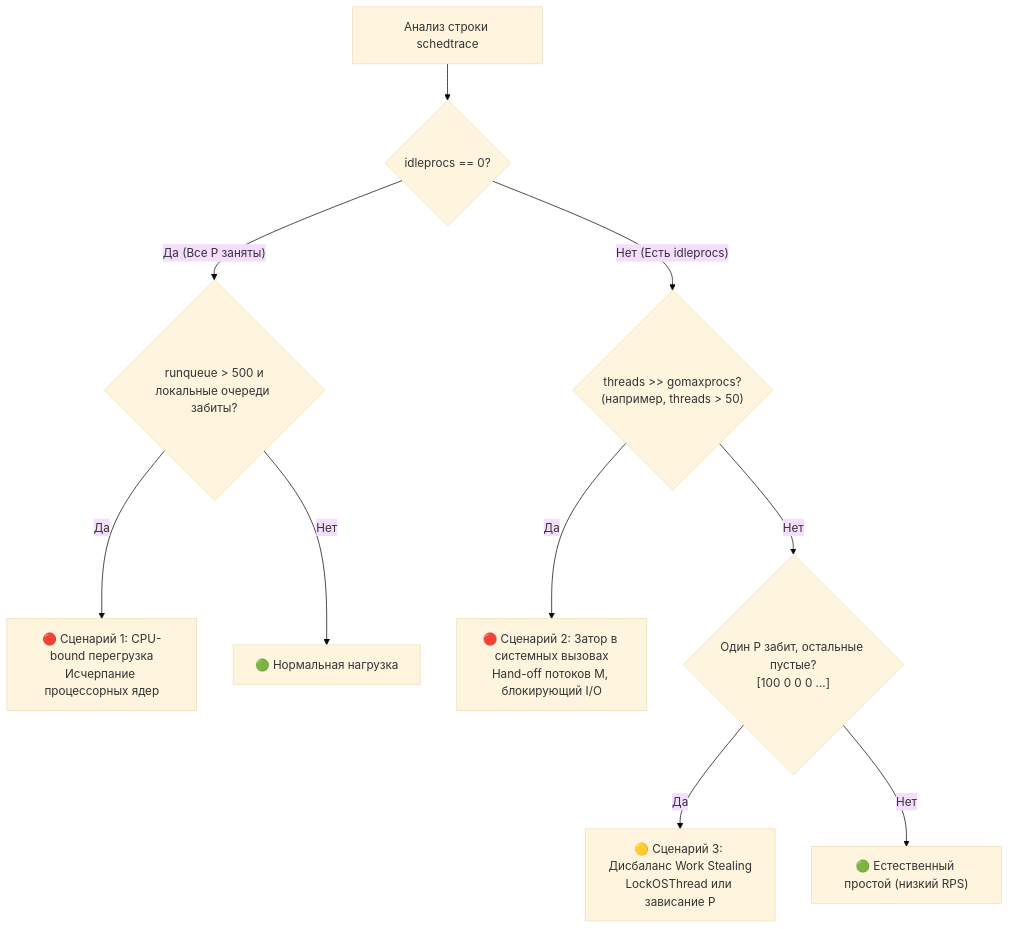
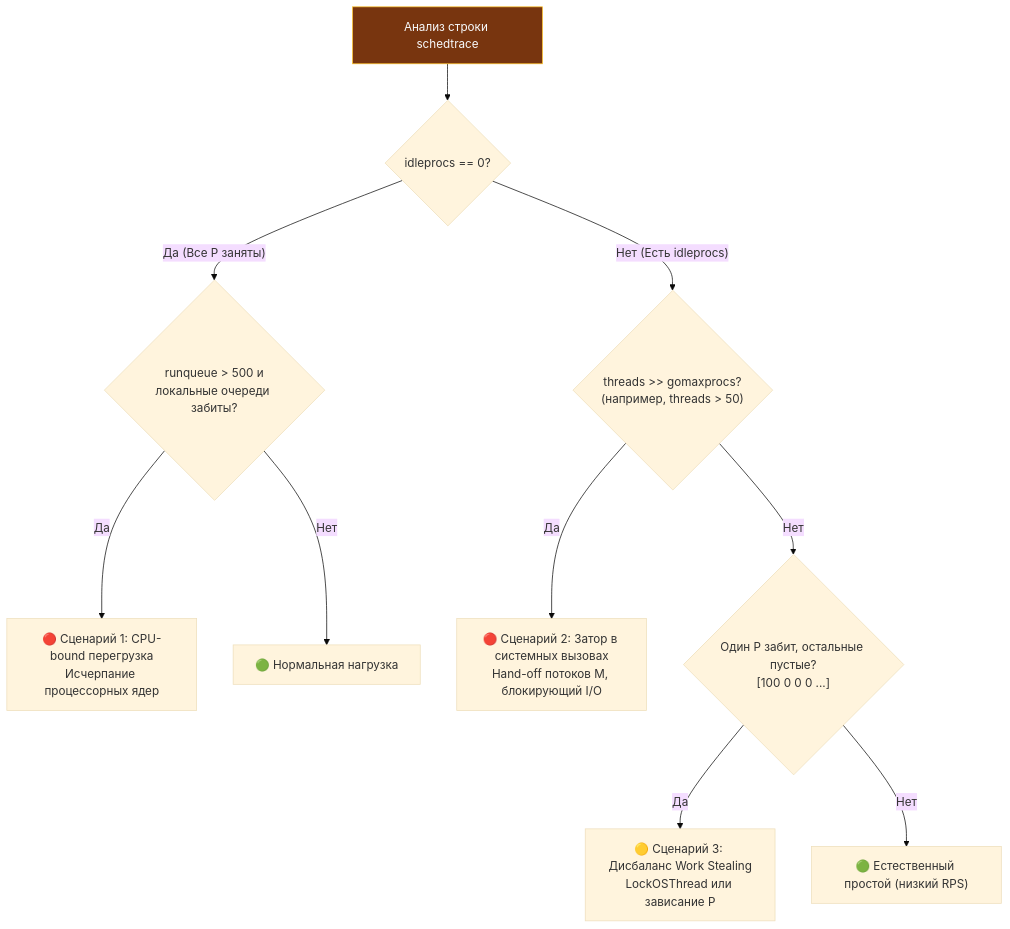
One commit to UnrealTemplier/go-textbook changed the second of 2 diagrams in sources/16. Профилирование, отладка и производительность/08. Runtime и инструменты/7. scheduler trace.md. Above: the diagram before and after it, drawn with Mermaid (base theme). The commit also changed other lines of this file and 1666 other files, not shown here.

First line of the commit message:
feat(mermaid): add semantic color classDef to 1369 colorless flowchart/graph diagrams

````diff
--- a/sources/16. Профилирование, отладка и производительность/08. Runtime и инструменты/7. scheduler trace.md
+++ b/sources/16. Профилирование, отладка и производительность/08. Runtime и инструменты/7. scheduler trace.md
@@ -123,15 +133,25 @@
 ```mermaid
 flowchart TD
-    Start["Анализ строки schedtrace"] --> CheckP{"idleprocs == 0?"}
+    classDef process  fill:#1e293b,stroke:#38bdf8,stroke-width:1px,color:#f8fafc
+    classDef success  fill:#064e3b,stroke:#34d399,stroke-width:1px,color:#f8fafc
+    classDef error    fill:#7f1d1d,stroke:#f87171,stroke-width:1px,color:#f8fafc
+    classDef warning  fill:#78350f,stroke:#fbbf24,stroke-width:1px,color:#f8fafc
+    classDef entry    fill:#1e3a5f,stroke:#38bdf8,stroke-width:2px,color:#f8fafc
+    classDef aux      fill:#334155,stroke:#64748b,stroke-width:1px,color:#f8fafc
+    classDef system   fill:#312e81,stroke:#a78bfa,stroke-width:1px,color:#f8fafc
+    classDef data     fill:#132d29,stroke:#2dd4bf,stroke-width:1px,color:#f8fafc
+    classDef network  fill:#881337,stroke:#fb7185,stroke-width:1px,color:#f8fafc
+    classDef accent   fill:#1e1b4b,stroke:#818cf8,stroke-width:1px,color:#f8fafc
+    Start["Анализ строки schedtrace"]:::warning --> CheckP{"idleprocs == 0?"}
     
     CheckP -- "Да (Все P заняты)" --> CheckQ{"runqueue &gt; 500 и<br/>локальные очереди забиты?"}
     CheckQ -- "Да" --> CPUBound["🔴 Сценарий 1: CPU-bound перегрузка<br/>Исчерпание процессорных ядер"]
     CheckQ -- "Нет" --> Normal["🟢 Нормальная нагрузка"]
     
     CheckP -- "Нет (Есть idleprocs)" --> CheckThreads{"threads &gt;&gt; gomaxprocs?<br/>(например, threads &gt; 50)"}
     CheckThreads -- "Да" --> IOBound["🔴 Сценарий 2: Затор в системных вызовах<br/>Hand-off потоков M, блокирующий I/O"]
     CheckThreads -- "Нет" --> CheckImbalance{"Один P забит, остальные пустые?<br/>[100 0 0 0 ...]"}
     
     CheckImbalance -- "Да" --> StealBug["🟡 Сценарий 3: Дисбаланс Work Stealing<br/>LockOSThread или зависание P"]
     CheckImbalance -- "Нет" --> Idle["🟢 Естественный простой (низкий RPS)"]
 ```
````
